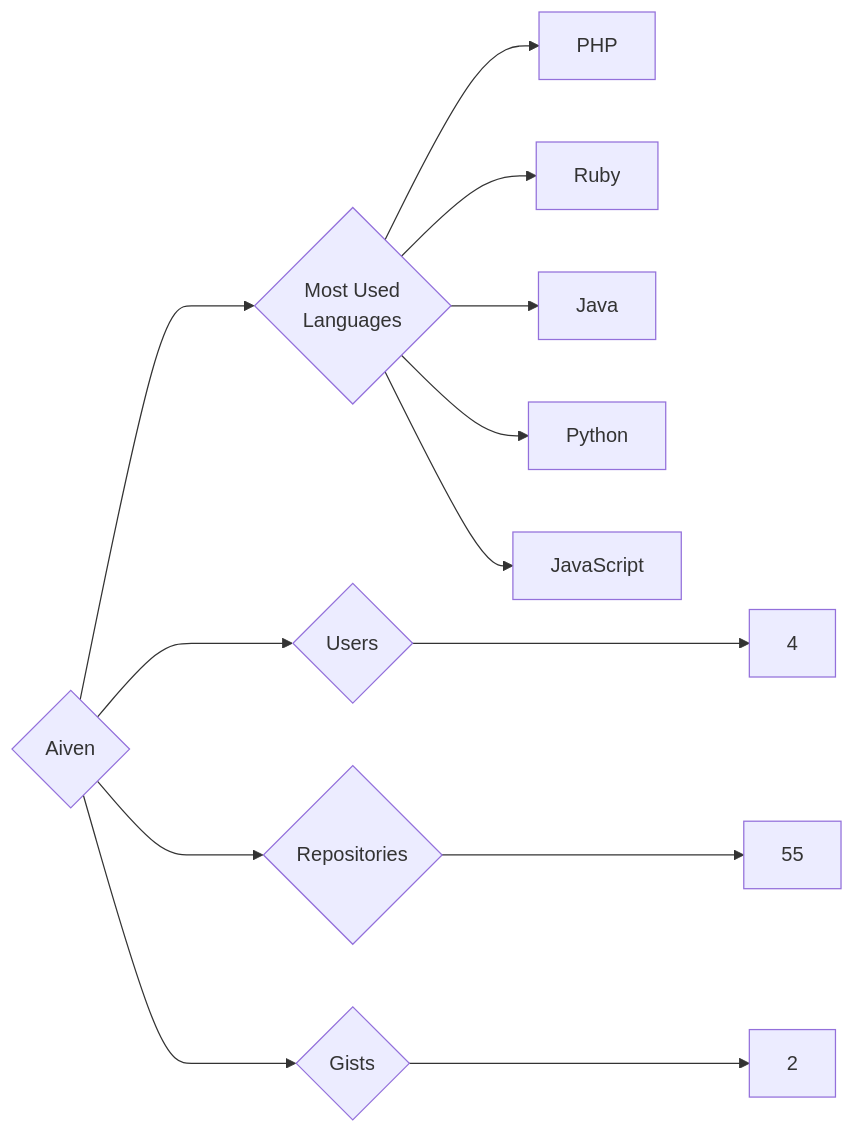
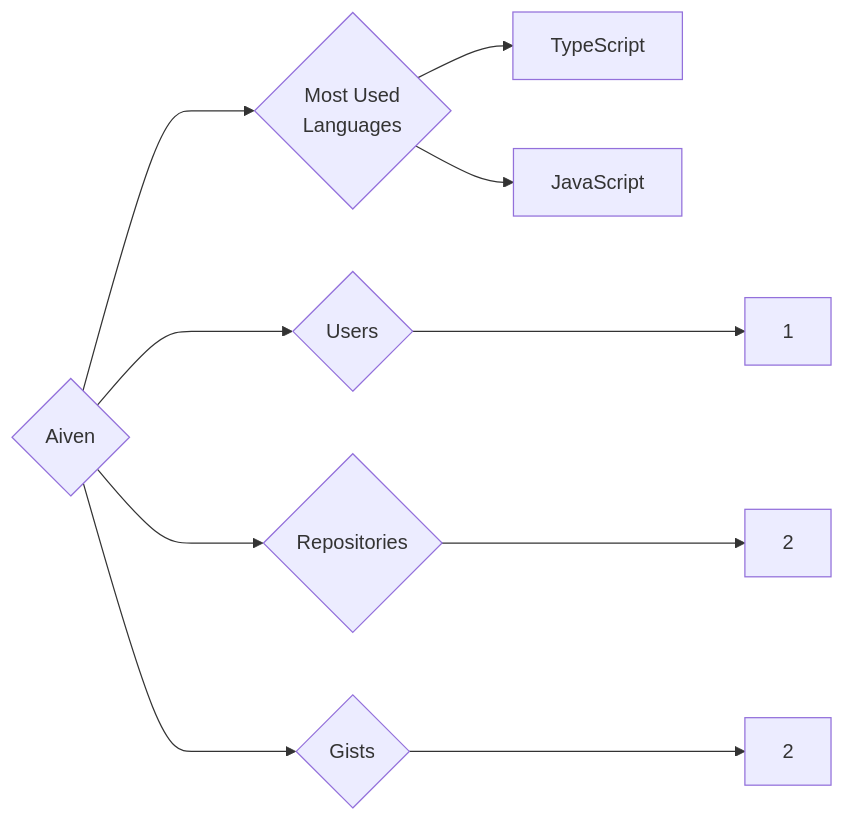
One commit to trickest/insiders changed the diagram in targets/Aiven/README.md. Above: the diagram before and after it, drawn with Mermaid. The commit also changed 988 other files, not shown here.

````diff
--- a/targets/Aiven/README.md
+++ b/targets/Aiven/README.md
@@ -3,13 +3,10 @@
 ```mermaid
 graph LR
 COMPANY_NAME{Aiven}
-COMPANY_NAME ---> U{Users} ---> UN[4]
-COMPANY_NAME ---> R{Repositories} ---> RN[55]
+COMPANY_NAME ---> U{Users} ---> UN[1]
+COMPANY_NAME ---> R{Repositories} ---> RN[2]
 COMPANY_NAME ---> G{Gists} ---> GN[2]
 COMPANY_NAME ---> ML{Most Used<br>Languages}
-ML --> PHP[PHP]
-ML --> Ruby[Ruby]
-ML --> Java[Java]
-ML --> Python[Python]
+ML --> TypeScript[TypeScript]
 ML --> JavaScript[JavaScript]
 ```
````
